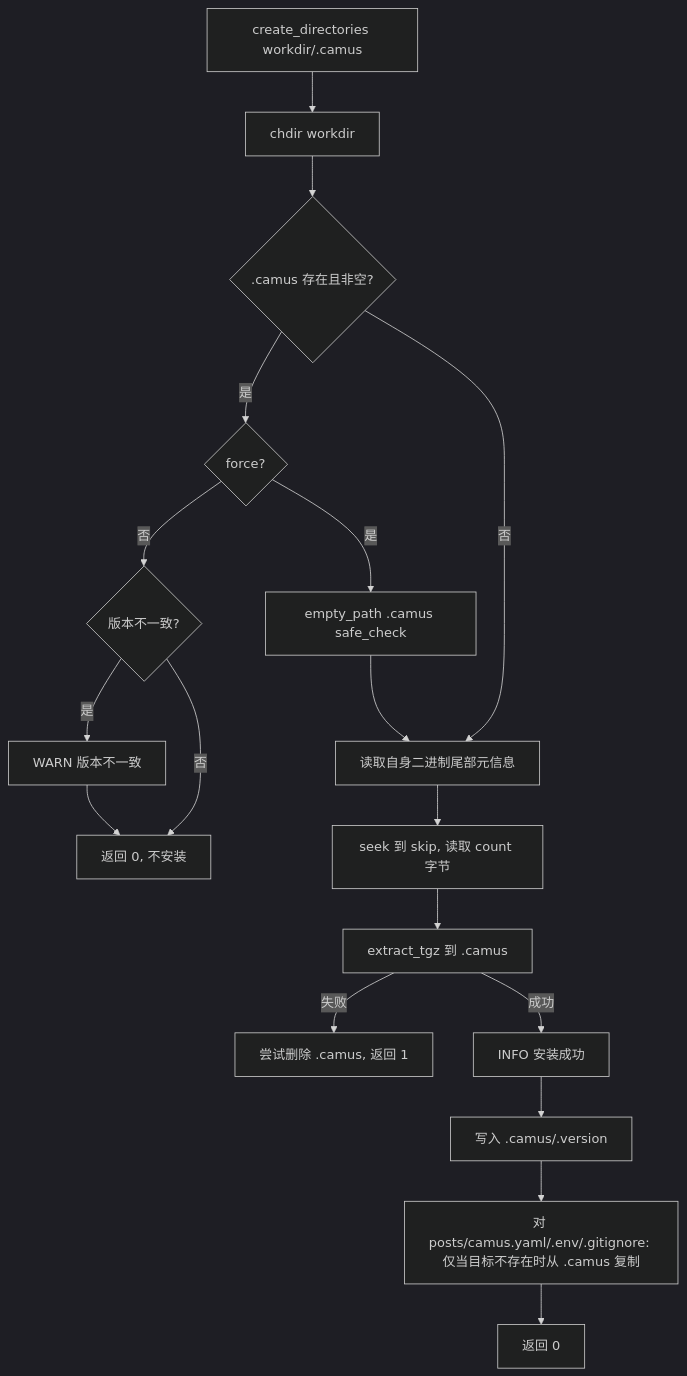
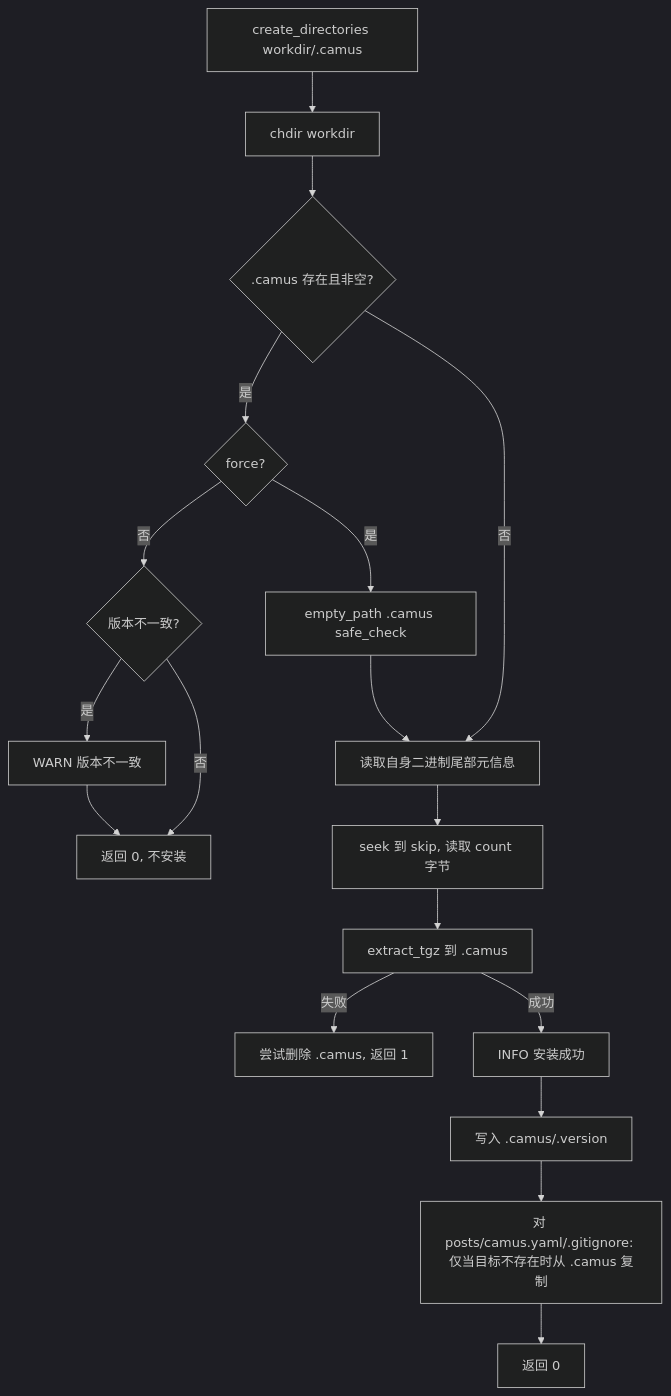
One commit to o8x/camus changed the diagram in docs/prd/08-template-install.md. Above: the diagram before and after it, drawn with Mermaid (dark theme). The commit also changed other lines of this file and 18 other files, not shown here.

Commit message:
refactor: flatten camus config and remove .env support

````diff
--- a/docs/prd/08-template-install.md
+++ b/docs/prd/08-template-install.md
@@ -22,20 +22,20 @@
 ```mermaid
 flowchart TD
     A[create_directories workdir/.camus] --> B[chdir workdir]
     B --> C{.camus 存在且非空?}
     C -->|否| G[读取自身二进制尾部元信息]
     C -->|是| D{force?}
     D -->|否| E{版本不一致?}
     E -->|是| W[WARN 版本不一致]
     E -->|否| R0[返回 0, 不安装]
     W --> R0
     D -->|是| F[empty_path .camus safe_check]
     F --> G
     G --> H[seek 到 skip, 读取 count 字节]
     H --> I[extract_tgz 到 .camus]
     I -->|失败| X[尝试删除 .camus, 返回 1]
     I -->|成功| J[INFO 安装成功]
     J --> K[写入 .camus/.version]
-    K --> L[对 posts/camus.yaml/.env/.gitignore: 仅当目标不存在时从 .camus 复制]
+    K --> L[对 posts/camus.yaml/.gitignore: 仅当目标不存在时从 .camus 复制]
     L --> M[返回 0]
 ```
````
